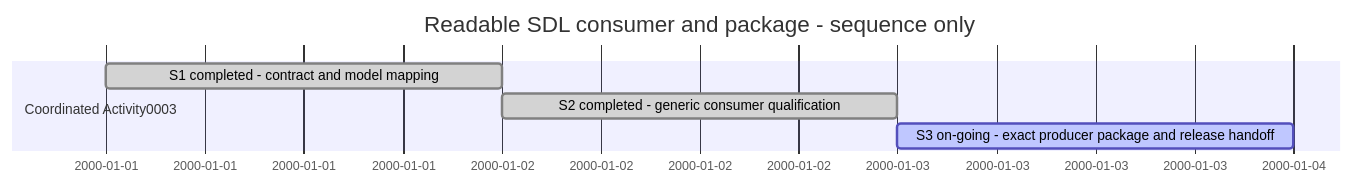
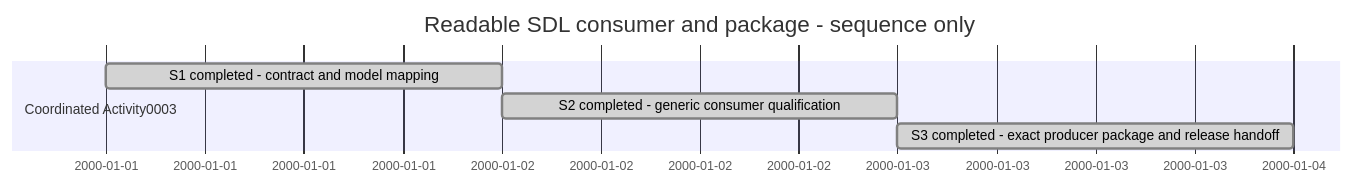
The diagram in SDP/Sessions/session-#0010--Readable-SDL-consumer.md (Hans-Einar/xfmd), drawn with Mermaid before and after one commit. The commit also changed other lines of this file and 24 other files, not shown here.

````diff
--- a/SDP/Sessions/session-#0010--Readable-SDL-consumer.md
+++ b/SDP/Sessions/session-#0010--Readable-SDL-consumer.md
@@ -7,9 +7,9 @@
 ```mermaid
 gantt
     title Readable SDL consumer and package - sequence only
     dateFormat YYYY-MM-DD
     section Coordinated Activity0003
     S1 completed - contract and model mapping :done, s1, 2000-01-01, 1d
     S2 completed - generic consumer qualification :done, s2, after s1, 1d
-    S3 on-going - exact producer package and release handoff :active, s3, after s2, 1d
+    S3 completed - exact producer package and release handoff :done, s3, after s2, 1d
 ```
````
